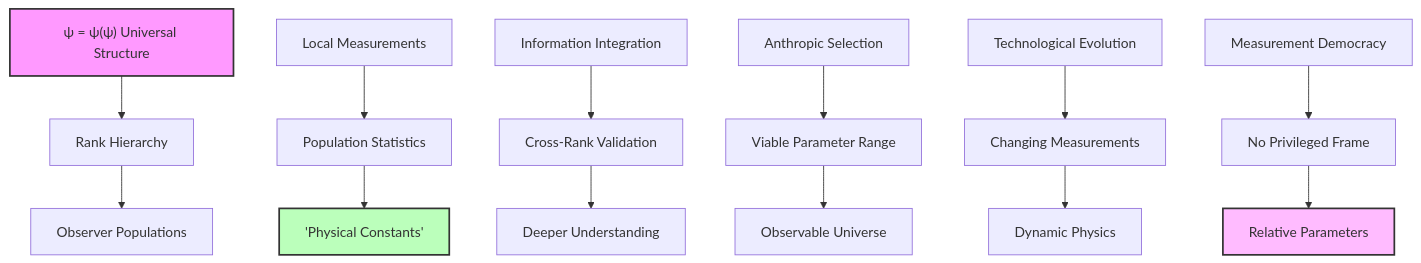
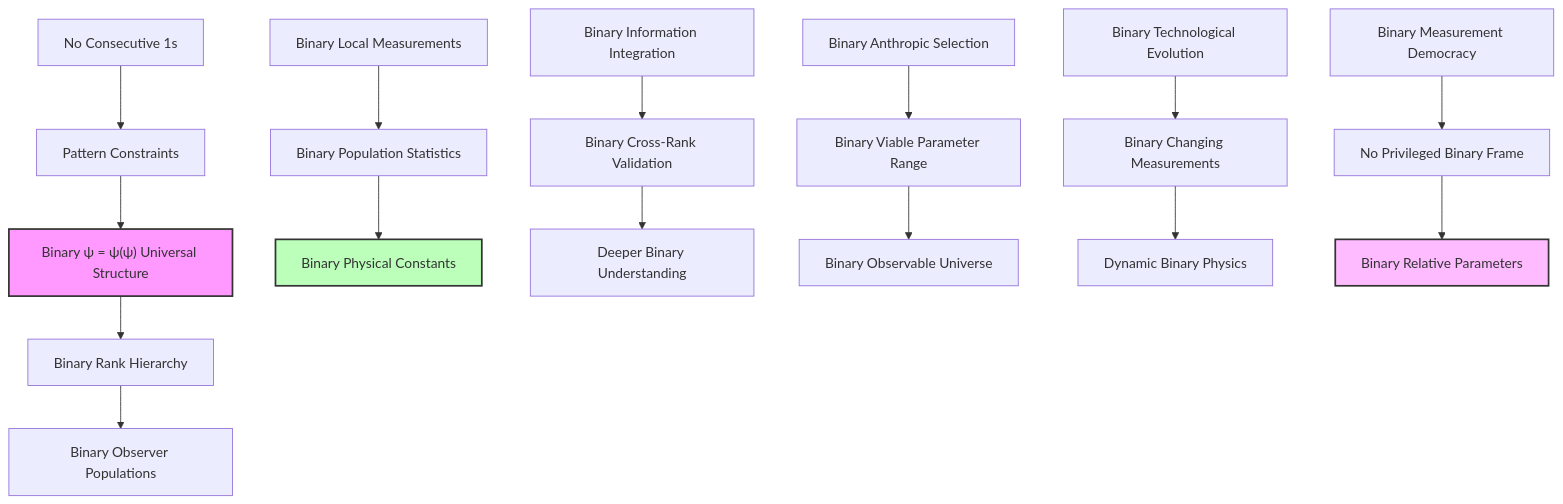
Before and after one commit to loning/the-phys: the third of 3 diagrams in docs/psi-constants/part-04-collapse-cosmology/chapter-063-statistical-collapse-constants-observer-populations.md, drawn with Mermaid. The commit also changed other lines of this file and 3 other files, not shown here.

````diff
--- a/docs/psi-constants/part-04-collapse-cosmology/chapter-063-statistical-collapse-constants-observer-populations.md
+++ b/docs/psi-constants/part-04-collapse-cosmology/chapter-063-statistical-collapse-constants-observer-populations.md
@@ -436,24 +455,27 @@
 ```mermaid
 graph TD
-    A["ψ = ψ(ψ) Universal Structure"] --> B["Rank Hierarchy"]
-    B --> C["Observer Populations"]
+    A["Binary ψ = ψ(ψ) Universal Structure"] --> B["Binary Rank Hierarchy"]
+    B --> C["Binary Observer Populations"]
     
-    D["Local Measurements"] --> E["Population Statistics"]
-    E --> F["'Physical Constants'"]
+    D["Binary Local Measurements"] --> E["Binary Population Statistics"]
+    E --> F["Binary Physical Constants"]
     
-    G["Information Integration"] --> H["Cross-Rank Validation"]
-    H --> I["Deeper Understanding"]
+    G["Binary Information Integration"] --> H["Binary Cross-Rank Validation"]
+    H --> I["Deeper Binary Understanding"]
     
-    J["Anthropic Selection"] --> K["Viable Parameter Range"]
-    K --> L["Observable Universe"]
+    J["Binary Anthropic Selection"] --> K["Binary Viable Parameter Range"]
+    K --> L["Binary Observable Universe"]
     
-    M["Technological Evolution"] --> N["Changing Measurements"]
-    N --> O["Dynamic Physics"]
+    M["Binary Technological Evolution"] --> N["Binary Changing Measurements"]
+    N --> O["Dynamic Binary Physics"]
     
-    P["Measurement Democracy"] --> Q["No Privileged Frame"]
-    Q --> R["Relative Parameters"]
+    P["Binary Measurement Democracy"] --> Q["No Privileged Binary Frame"]
+    Q --> R["Binary Relative Parameters"]
+    
+    S["No Consecutive 1s"] --> T["Pattern Constraints"]
+    T --> A
     
     style A fill:#f9f,stroke:#333,stroke-width:2px
     style F fill:#bfb,stroke:#333,stroke-width:2px
     style R fill:#fbf,stroke:#333,stroke-width:2px
 ```
````
